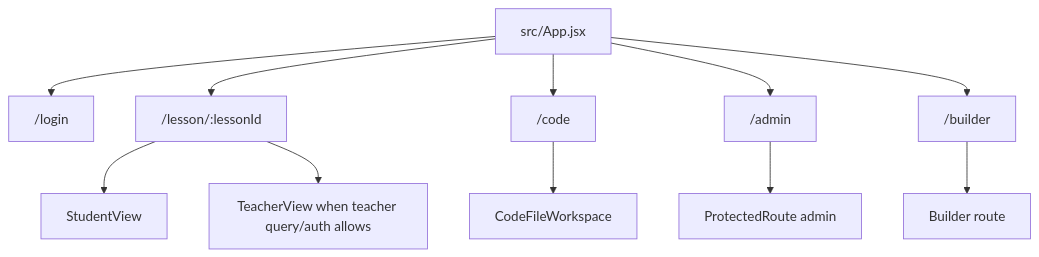
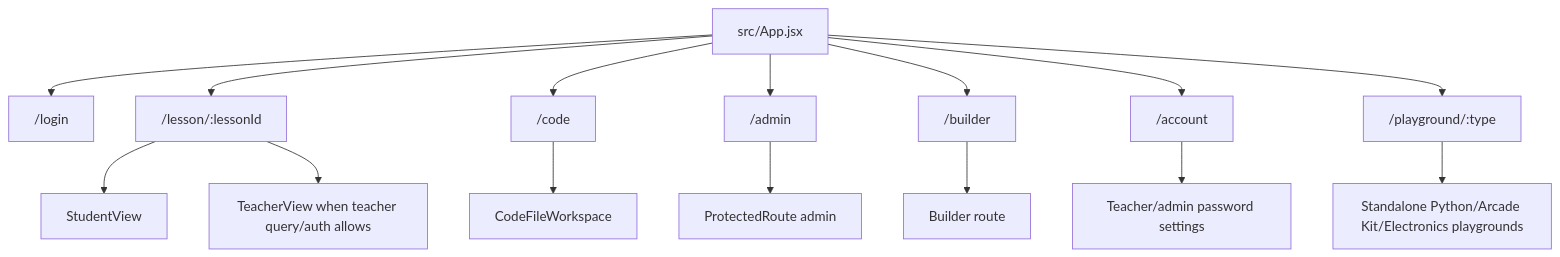
One commit to Headstart-Coding-Launchpad/editor changed the first of 5 diagrams in docs/architecture/runtime-flows.md. Above: the diagram before and after it, drawn with Mermaid. The commit also changed other lines of this file and 6 other files, not shown here.

````diff
--- a/docs/architecture/runtime-flows.md
+++ b/docs/architecture/runtime-flows.md
@@ -11,13 +11,17 @@
 ```mermaid
 flowchart TD
   App["src/App.jsx"] --> Login["/login"]
   App --> Lesson["/lesson/:lessonId"]
   App --> Code["/code"]
   App --> Admin["/admin"]
   App --> Builder["/builder"]
+  App --> Account["/account"]
+  App --> Playground["/playground/:type"]
   Lesson --> Student["StudentView"]
   Lesson --> Teacher["TeacherView when teacher query/auth allows"]
   Code --> CodeWorkspace["CodeFileWorkspace"]
   Admin --> Protected["ProtectedRoute admin"]
   Builder --> BuilderApp["Builder route"]
+  Account --> AccountSettings["Teacher/admin password settings"]
+  Playground --> PlaygroundView["Standalone Python/Arcade Kit/Electronics playgrounds"]
 ```
````
